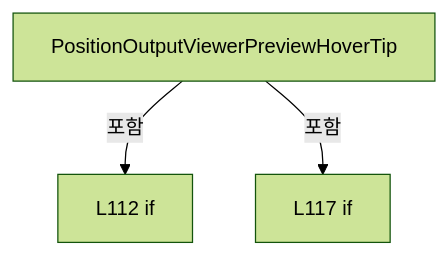
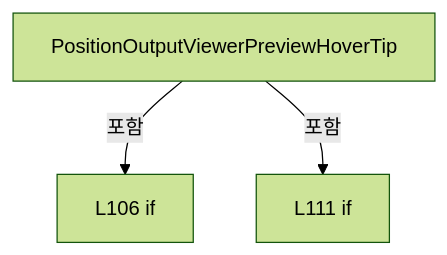
The sixth of 6 diagrams in A3 LD Code Ref/files/Drilling.UI/Views/CCorrectionView.xaml.cs.md (kjuws10-rgb/Shared), drawn with Mermaid (forest theme) before and after one commit. The commit also changed other lines of this file and 1984 other files, not shown here.

Commit message:
docs(a3): update 11.17.0 architecture and complete code reference

````diff
--- a/A3 LD Code Ref/files/Drilling.UI/Views/CCorrectionView.xaml.cs.md
+++ b/A3 LD Code Ref/files/Drilling.UI/Views/CCorrectionView.xaml.cs.md
@@ -468,8 +459,8 @@
 ```mermaid
 flowchart TD
  M["PositionOutputViewerPreviewHoverTip"]
- N0["L112 if"]
+ N0["L106 if"]
  M -->|포함| N0
- N1["L117 if"]
+ N1["L111 if"]
  M -->|포함| N1
 ```
````
